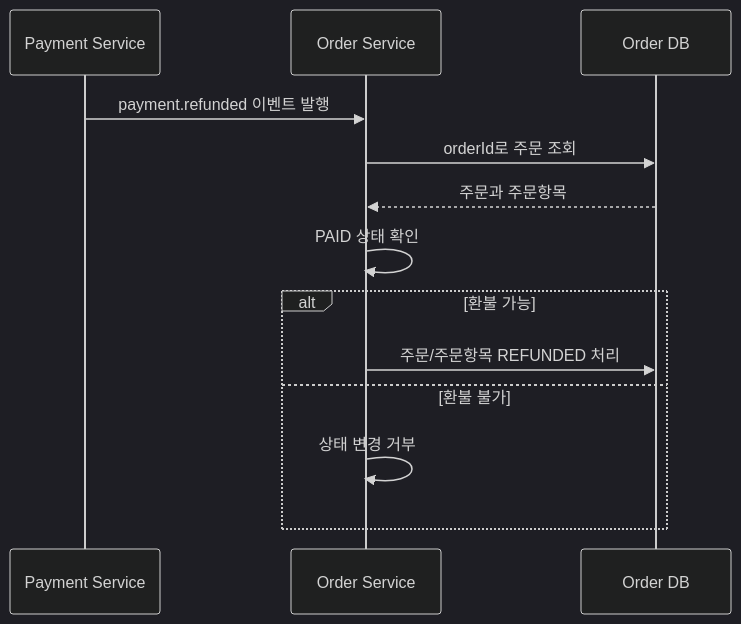
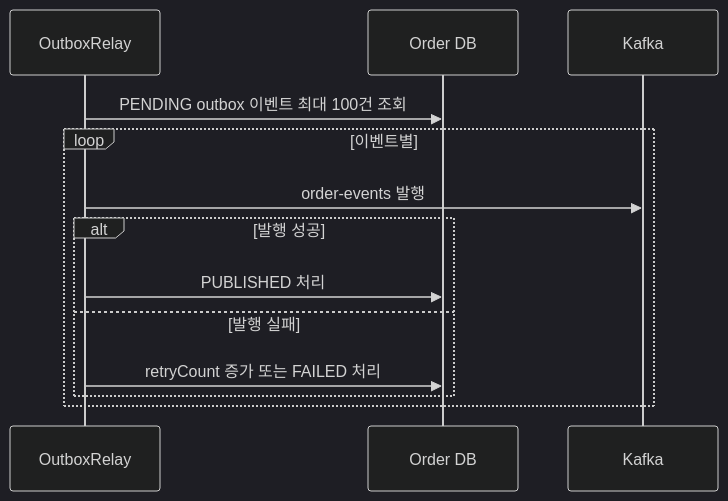
Diagram 15 of 15 in docs/architecture/order-usecase-detail.md (prgrms-be-adv-devcourse/beadv6_6_3JMT_BE), drawn with Mermaid (dark theme) before and after one commit. The commit also changed other lines of this file and 3 other files, not shown here.

Commit message:
docs: order-service 문서 현행화

````diff
--- a/docs/architecture/order-usecase-detail.md
+++ b/docs/architecture/order-usecase-detail.md
@@ -810,16 +478,16 @@
 ```mermaid
 sequenceDiagram
-    participant Payment as Payment Service
-    participant Order as Order Service
+    participant Relay as OutboxRelay
     participant DB as Order DB
+    participant Kafka as Kafka
 
-    Payment->>Order: payment.refunded 이벤트 발행
-    Order->>DB: orderId로 주문 조회
-    DB-->>Order: 주문과 주문항목
-    Order->>Order: PAID 상태 확인
-    alt 환불 가능
-        Order->>DB: 주문/주문항목 REFUNDED 처리
-    else 환불 불가
-        Order->>Order: 상태 변경 거부
+    Relay->>DB: PENDING outbox 이벤트 최대 100건 조회
+    loop 이벤트별
+        Relay->>Kafka: order-events 발행
+        alt 발행 성공
+            Relay->>DB: PUBLISHED 처리
+        else 발행 실패
+            Relay->>DB: retryCount 증가 또는 FAILED 처리
+        end
     end
 ```
````
